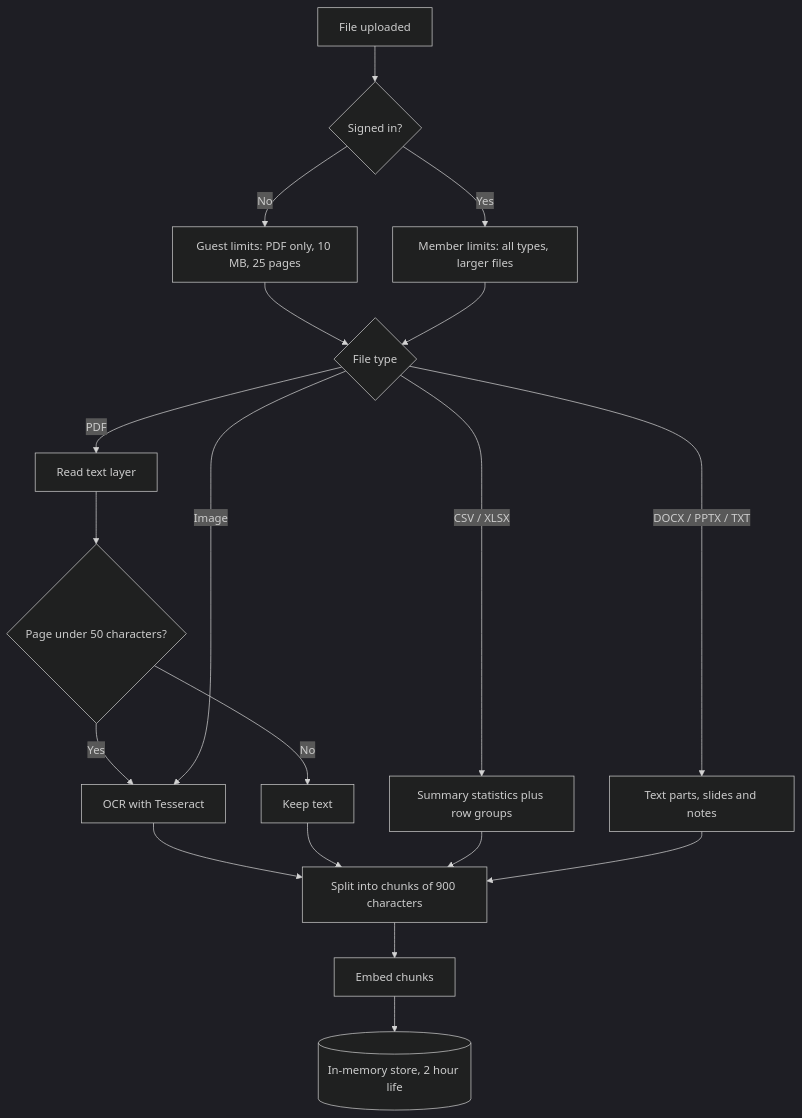
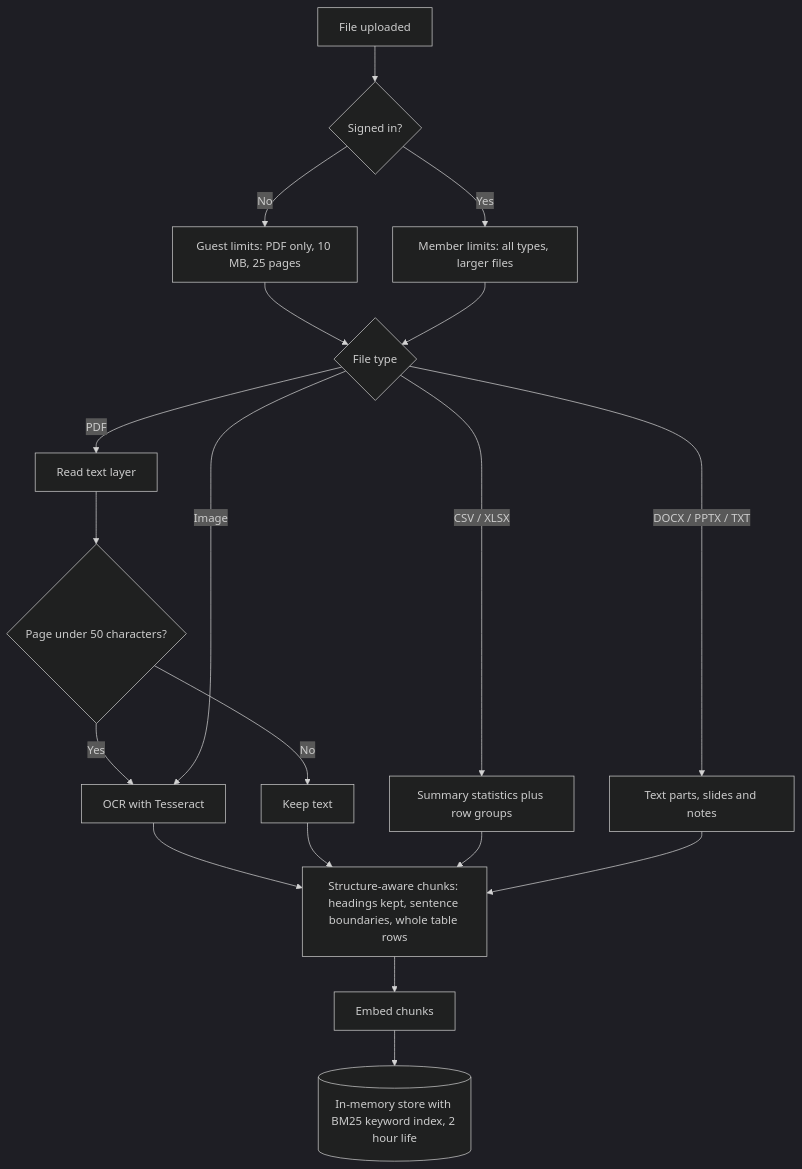
One commit to Vigesh-VS/Pagehound changed the second of 4 diagrams in README.md. Above: the diagram before and after it, drawn with Mermaid (dark theme). The commit also changed other lines of this file and 21 other files, not shown here.

````diff
--- a/README.md
+++ b/README.md
@@ -86,21 +87,21 @@
 ```mermaid
 flowchart TD
     A[File uploaded] --> B{Signed in?}
     B -- No --> C[Guest limits: PDF only, 10 MB, 25 pages]
     B -- Yes --> D[Member limits: all types, larger files]
     C --> E{File type}
     D --> E
     E -- PDF --> F[Read text layer]
     F --> G{Page under 50 characters?}
     G -- Yes --> H[OCR with Tesseract]
     G -- No --> I[Keep text]
     E -- Image --> H
     E -- CSV / XLSX --> J[Summary statistics plus row groups]
     E -- DOCX / PPTX / TXT --> K[Text parts, slides and notes]
-    H --> L[Split into chunks of 900 characters]
+    H --> L[Structure-aware chunks: headings kept, sentence boundaries, whole table rows]
     I --> L
     J --> L
     K --> L
     L --> M[Embed chunks]
-    M --> N[(In-memory store, 2 hour life)]
+    M --> N[(In-memory store with BM25 keyword index, 2 hour life)]
 ```
````
